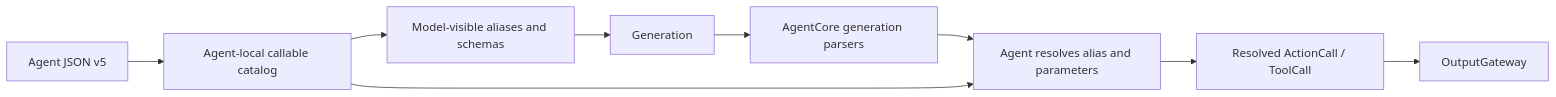
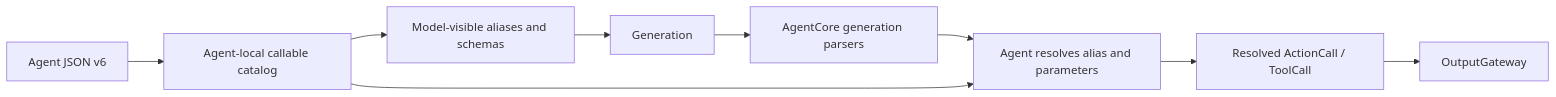
Before and after one commit to devilyouwei/MobileHarness: the sixth of 15 diagrams in MobileHarness/README.md, drawn with Mermaid. The commit also changed other lines of this file and 238 other files, not shown here.

````diff
--- a/MobileHarness/README.md
+++ b/MobileHarness/README.md
@@ -403,11 +391,11 @@
 ```mermaid
 flowchart LR
-    JSON[Agent JSON v5] --> Catalog[Agent-local callable catalog]
+    JSON[Agent JSON v6] --> Catalog[Agent-local callable catalog]
     Catalog --> Prompt[Model-visible aliases and schemas]
     Prompt --> Model[Generation]
     Model --> Parser[AgentCore generation parsers]
     Parser --> Resolve[Agent resolves alias and parameters]
     Catalog --> Resolve
     Resolve --> Calls[Resolved ActionCall / ToolCall]
     Calls --> Gateway[OutputGateway]
 ```
````
